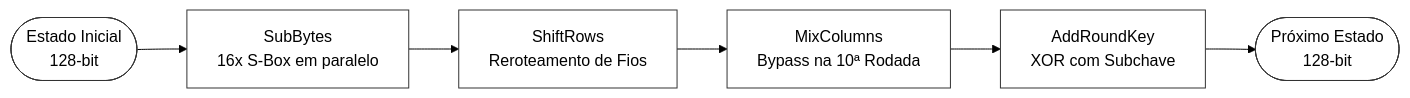
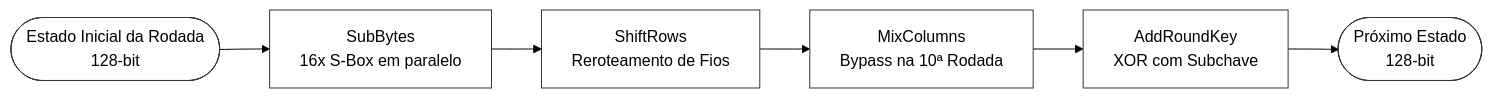
One commit to MatheusCarne/ciexpert-acelerador-aes-spi changed the second of 4 diagrams in docs/architecture/microarquitetura_v1.0.md. Above: the diagram before and after it, drawn with Mermaid (forest theme). The commit also changed other lines of this file, not shown here.

````diff
--- a/docs/architecture/microarquitetura_v1.0.md
+++ b/docs/architecture/microarquitetura_v1.0.md
@@ -58,15 +65,15 @@
 ```mermaid
 flowchart LR
-    IN([Estado Inicial<br/>128-bit]) --> SB[SubBytes<br/>16x S-Box em paralelo]
+    IN([Estado Inicial da Rodada<br/>128-bit]) --> SB[SubBytes<br/>16x S-Box em paralelo]
     SB --> SR[ShiftRows<br/>Reroteamento de Fios]
     SR --> MC[MixColumns<br/>Bypass na 10ª Rodada]
     MC --> ARK[AddRoundKey<br/>XOR com Subchave]
     ARK --> OUT([Próximo Estado<br/>128-bit])
     
     style IN fill:#ffffff,stroke:#333,color:#000
     style SB fill:#ffffff,stroke:#333,color:#000
     style SR fill:#ffffff,stroke:#333,color:#000
     style MC fill:#ffffff,stroke:#333,color:#000
     style ARK fill:#ffffff,stroke:#333,color:#000
     style OUT fill:#ffffff,stroke:#333,color:#000
 ```
````
